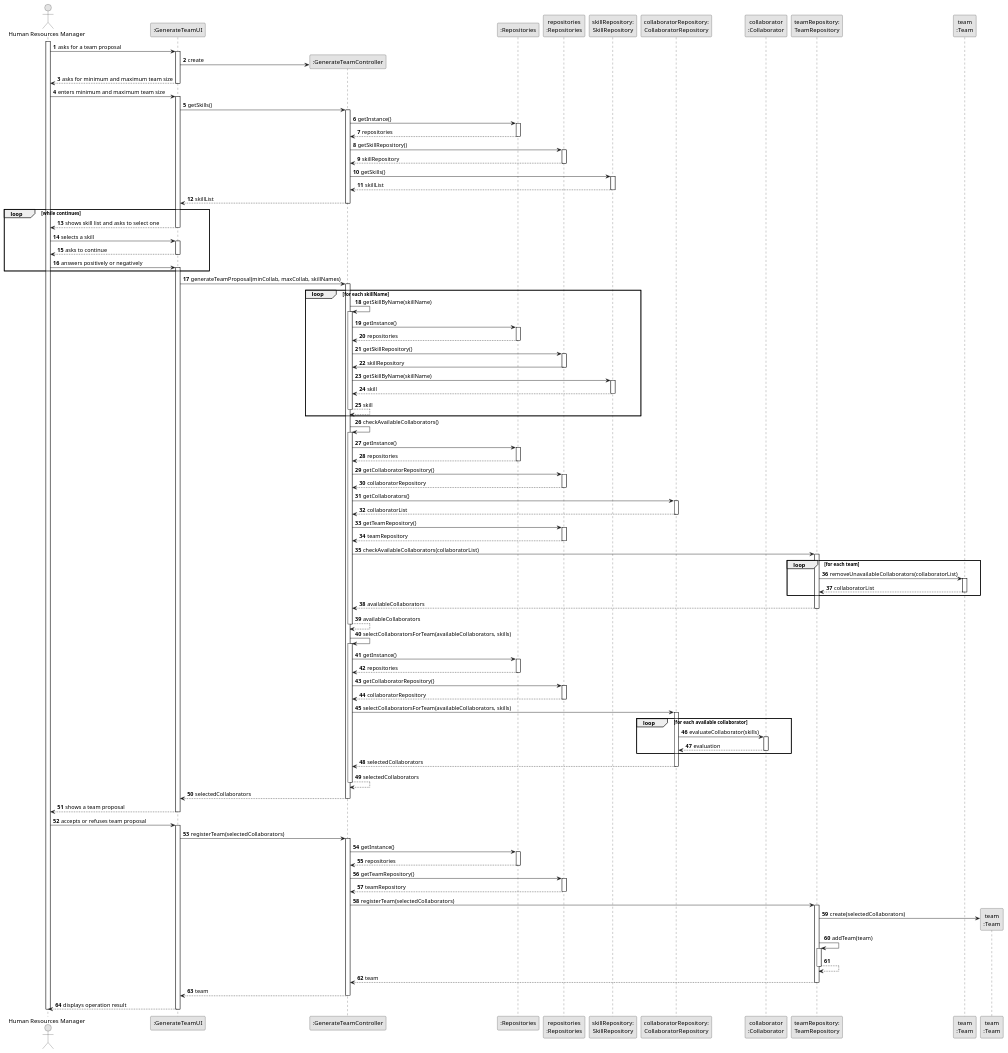
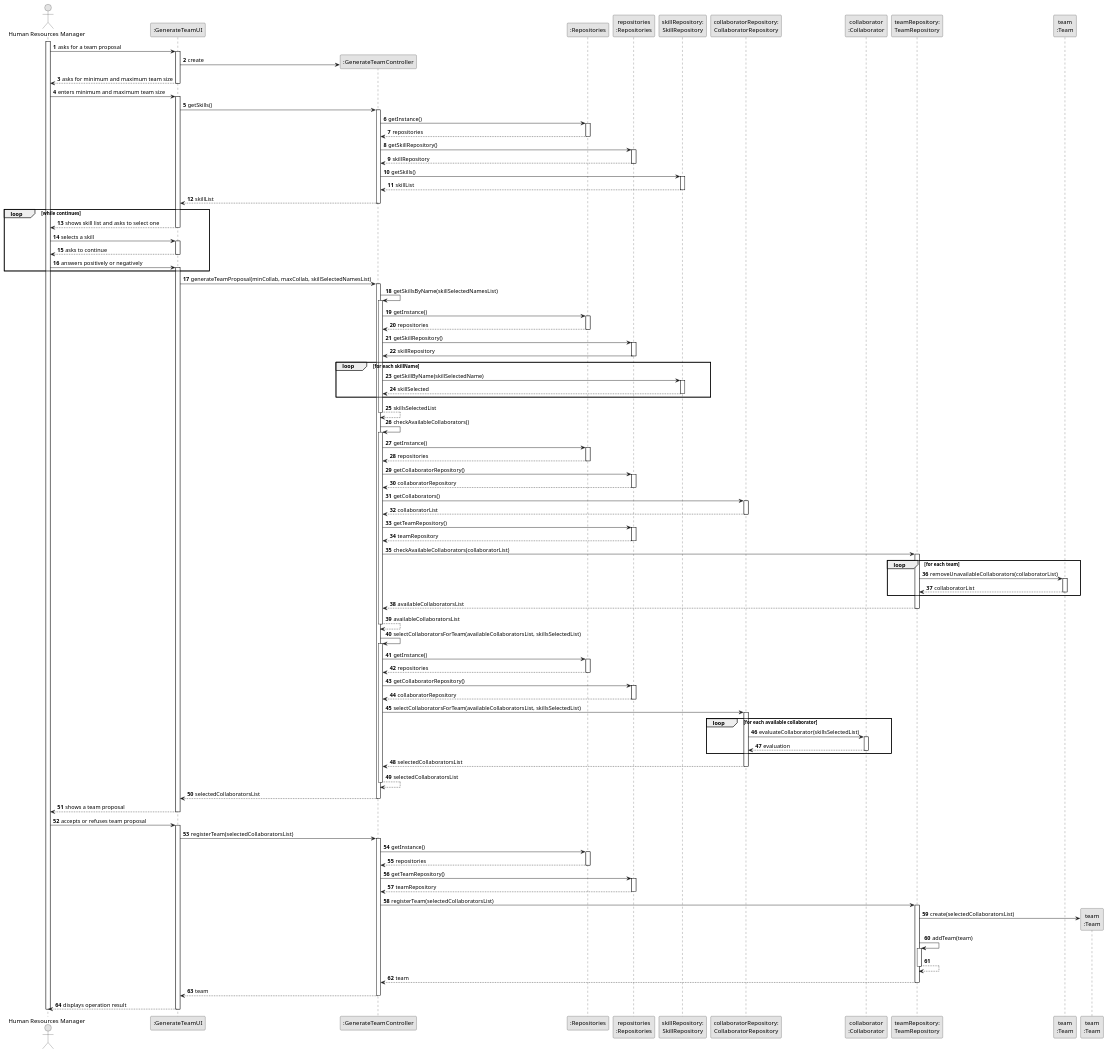
Before and after one commit to Departamento-de-Engenharia-Informatica/lei-24-s2-1dm-g132: the diagram in docs/sprintB/us005/03.design/puml/us005-sequence-diagram-full.puml, drawn with PlantUML.

Commit message:
US005 sequence diagram update

```diff
--- a/docs/sprintB/us005/03.design/puml/us005-sequence-diagram-full.puml
+++ b/docs/sprintB/us005/03.design/puml/us005-sequence-diagram-full.puml
@@ -76,12 +76,10 @@
 
             end loop
 
-        UI -> CTRL : generateTeamProposal(minCollab, maxCollab, skillNames)
+        UI -> CTRL : generateTeamProposal(minCollab, maxCollab, skillSelectedNamesList)
         activate CTRL
 
-        loop for each skillName
-
-            CTRL -> CTRL : getSkillByName(skillName)
+            CTRL -> CTRL : getSkillsByName(skillSelectedNamesList)
             activate CTRL
 
                 CTRL -> RepositorySingleton : getInstance()
@@ -95,16 +93,18 @@
 
                     PLAT -> CTRL : skillRepository
                 deactivate PLAT
+        loop for each skillName
 
-                CTRL -> SkillRepository : getSkillByName(skillName)
+                CTRL -> SkillRepository : getSkillByName(skillSelectedName)
                 activate SkillRepository
 
-                    SkillRepository --> CTRL : skill
+                    SkillRepository --> CTRL : skillSelected
                 deactivate SkillRepository
-                    CTRL --> CTRL : skill
+
+        end loop
+
+                    CTRL --> CTRL : skillsSelectedList
             deactivate CTRL
-
-            end loop
 
             CTRL -> CTRL : checkAvailableCollaborators()
             activate CTRL
@@ -147,13 +147,13 @@
 
                     end loop
 
-                    TeamRepository --> CTRL : availableCollaborators
+                    TeamRepository --> CTRL : availableCollaboratorsList
                 deactivate TeamRepository
 
-                CTRL --> CTRL : availableCollaborators
+                CTRL --> CTRL : availableCollaboratorsList
             deactivate CTRL
 
-            CTRL -> CTRL : selectCollaboratorsForTeam(availableCollaborators, skills)
+            CTRL -> CTRL : selectCollaboratorsForTeam(availableCollaboratorsList, skillsSelectedList)
             activate CTRL
 
                 CTRL -> RepositorySingleton : getInstance()
@@ -168,11 +168,11 @@
                     PLAT --> CTRL: collaboratorRepository
                 deactivate PLAT
 
-                CTRL -> CollaboratorRepository : selectCollaboratorsForTeam(availableCollaborators, skills)
+                CTRL -> CollaboratorRepository : selectCollaboratorsForTeam(availableCollaboratorsList, skillsSelectedList)
                 activate CollaboratorRepository
 
                     loop for each available collaborator
-                    CollaboratorRepository -> Collab : evaluateCollaborator(skills)
+                    CollaboratorRepository -> Collab : evaluateCollaborator(skillsSelectedList)
                     activate Collab
 
                         Collab --> CollaboratorRepository : evaluation
@@ -180,13 +180,13 @@
 
                     end loop
 
-                    CollaboratorRepository --> CTRL : selectedCollaborators
+                    CollaboratorRepository --> CTRL : selectedCollaboratorsList
                 deactivate CollaboratorRepository
 
-                CTRL --> CTRL : selectedCollaborators
+                CTRL --> CTRL : selectedCollaboratorsList
             deactivate CTRL
 
-            CTRL --> UI : selectedCollaborators
+            CTRL --> UI : selectedCollaboratorsList
         deactivate CTRL
 
         UI --> HRM : shows a team proposal
@@ -195,7 +195,7 @@
     HRM -> UI : accepts or refuses team proposal
     activate UI
 
-        UI -> CTRL : registerTeam(selectedCollaborators)
+        UI -> CTRL : registerTeam(selectedCollaboratorsList)
         activate CTRL
 
             CTRL -> RepositorySingleton : getInstance()
@@ -210,10 +210,10 @@
                 PLAT --> CTRL : teamRepository
             deactivate PLAT
 
-            CTRL -> TeamRepository : registerTeam(selectedCollaborators)
+            CTRL -> TeamRepository : registerTeam(selectedCollaboratorsList)
             activate TeamRepository
 
-                TeamRepository -> TEAM** : create(selectedCollaborators)
+                TeamRepository -> TEAM** : create(selectedCollaboratorsList)
                 TeamRepository -> TeamRepository : addTeam(team)
                 activate TeamRepository
                 TeamRepository --> TeamRepository
```
